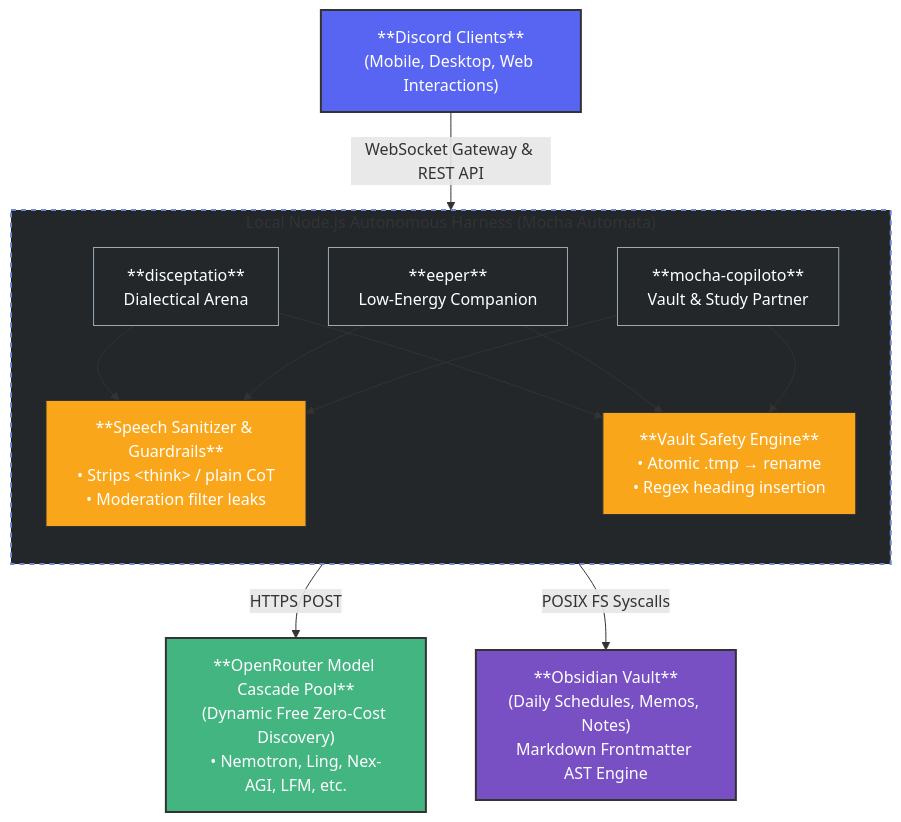
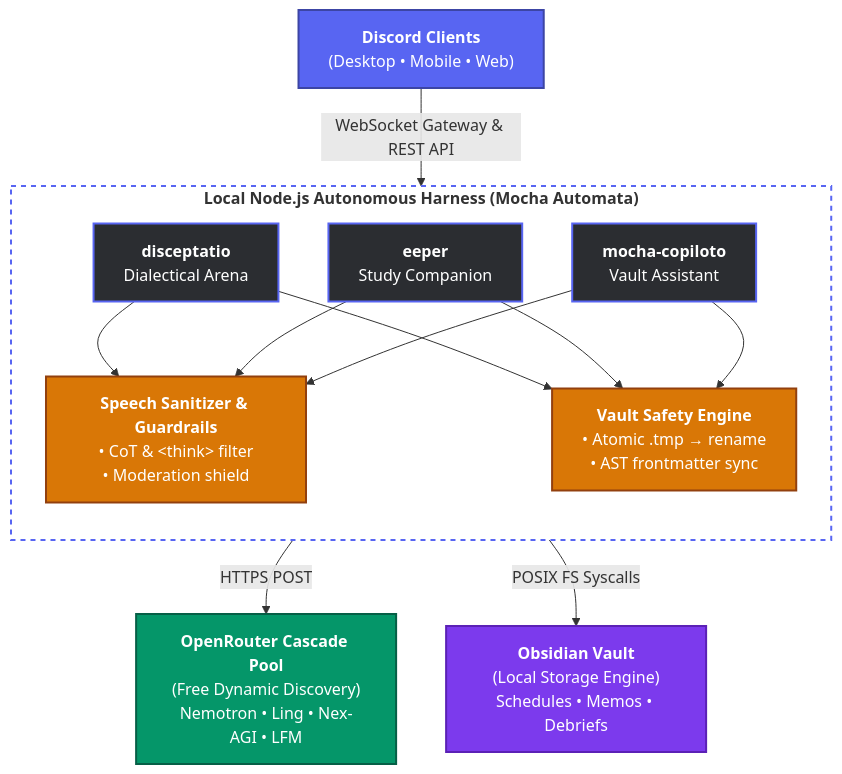
Before and after one commit to frtzhahn/mocha-automata: the diagram in README.md, drawn with Mermaid. The commit also changed other lines of this file and 22 other files, not shown here.

````diff
--- a/README.md
+++ b/README.md
@@ -19,39 +19,42 @@
 ```mermaid
-graph TD
-    %% Define Styles
-    classDef client fill:#5865F2,stroke:#333,stroke-width:2px,color:#fff;
-    classDef harness fill:#2C2F33,stroke:#7289DA,stroke-width:2px,color:#fff;
-    classDef module fill:#23272A,stroke:#99AAB5,stroke-width:1px,color:#fff;
-    classDef safety fill:#faa61a,stroke:#333,stroke-width:1px,color:#fff;
-    classDef external fill:#43b581,stroke:#333,stroke-width:2px,color:#fff;
-    classDef vault fill:#794fc4,stroke:#333,stroke-width:2px,color:#fff;
+flowchart TD
+    %% Theme-Agnostic High-Contrast Node Styles (WCAG AA Compliant)
+    classDef client fill:#5865F2,stroke:#3C45A5,stroke-width:2px,color:#FFFFFF;
+    classDef agent fill:#2B2D31,stroke:#5865F2,stroke-width:2px,color:#FFFFFF;
+    classDef engine fill:#D97706,stroke:#92400E,stroke-width:2px,color:#FFFFFF;
+    classDef external fill:#059669,stroke:#065F46,stroke-width:2px,color:#FFFFFF;
+    classDef vault fill:#7C3AED,stroke:#5B21B6,stroke-width:2px,color:#FFFFFF;
 
-    %% Elements
-    Clients["**Discord Clients**<br>(Mobile, Desktop, Web Interactions)"]:::client
+    %% Ingress Gateway
+    Clients["<b>Discord Clients</b><br/>(Desktop • Mobile • Web)"]:::client
 
-    subgraph Harness ["Local Node.js Autonomous Harness (Mocha Automata)"]
+    %% Core Harness Boundary (Transparent container renders crisp in Light & Dark mode)
+    subgraph Harness ["<b>Local Node.js Autonomous Harness (Mocha Automata)</b>"]
         direction TB
-        
-        %% Core modules
-        D["**disceptatio**<br>Dialectical Arena"]:::module
-        E["**eeper**<br>Low-Energy Companion"]:::module
-        M["**mocha-copiloto**<br>Vault & Study Partner"]:::module
 
-        %% Safety Engines
-        SS["**Speech Sanitizer & Guardrails**<br>• Strips &lt;think&gt; / plain CoT<br>• Moderation filter leaks"]:::safety
-        VS["**Vault Safety Engine**<br>• Atomic .tmp → rename<br>• Regex heading insertion"]:::safety
+        %% Row 1: Autonomous Agents (Evenly distributed across 3 horizontal columns)
+        D["<b>disceptatio</b><br/>Dialectical Arena"]:::agent
+        E["<b>eeper</b><br/>Study Companion"]:::agent
+        M["<b>mocha-copiloto</b><br/>Vault Assistant"]:::agent
+
+        %% Row 2: Guardrails & Storage
+        SS["<b>Speech Sanitizer & Guardrails</b><br/>• CoT & &lt;think&gt; filter<br/>• Moderation shield"]:::engine
+        VS["<b>Vault Safety Engine</b><br/>• Atomic .tmp → rename<br/>• AST frontmatter sync"]:::engine
+
+        %% Internal Cross-Wiring
+        D & E & M --> SS
+        D & E & M --> VS
     end
-    style Harness fill:#23272A,stroke:#7289DA,stroke-width:2px,stroke-dasharray: 5 5
 
-    OR["**OpenRouter Model Cascade Pool**<br>(Dynamic Free Zero-Cost Discovery)<br>• Nemotron, Ling, Nex-AGI, LFM, etc."]:::external
-    OV["**Obsidian Vault**<br>(Daily Schedules, Memos, Notes)<br>Markdown Frontmatter AST Engine"]:::vault
+    %% Transparent background adapts cleanly to GitHub Light, Dark, and Mobile
+    style Harness fill:none,stroke:#5865F2,stroke-width:2px,stroke-dasharray: 5 5
 
-    %% Connections
+    %% Target Backends
+    OR["<b>OpenRouter Cascade Pool</b><br/>(Free Dynamic Discovery)<br/>Nemotron • Ling • Nex-AGI • LFM"]:::external
+    OV["<b>Obsidian Vault</b><br/>(Local Storage Engine)<br/>Schedules • Memos • Debriefs"]:::vault
+
+    %% Ingress & Egress Connections
     Clients -->|WebSocket Gateway & REST API| Harness
-    
-    D & E & M --> SS
-    D & E & M --> VS
-
     SS -->|HTTPS POST| OR
     VS -->|POSIX FS Syscalls| OV
 ```
````
